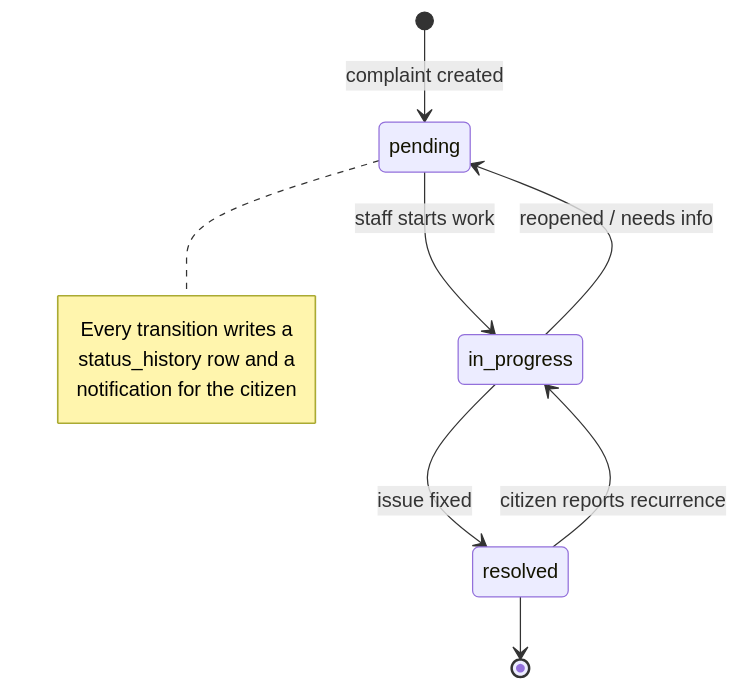
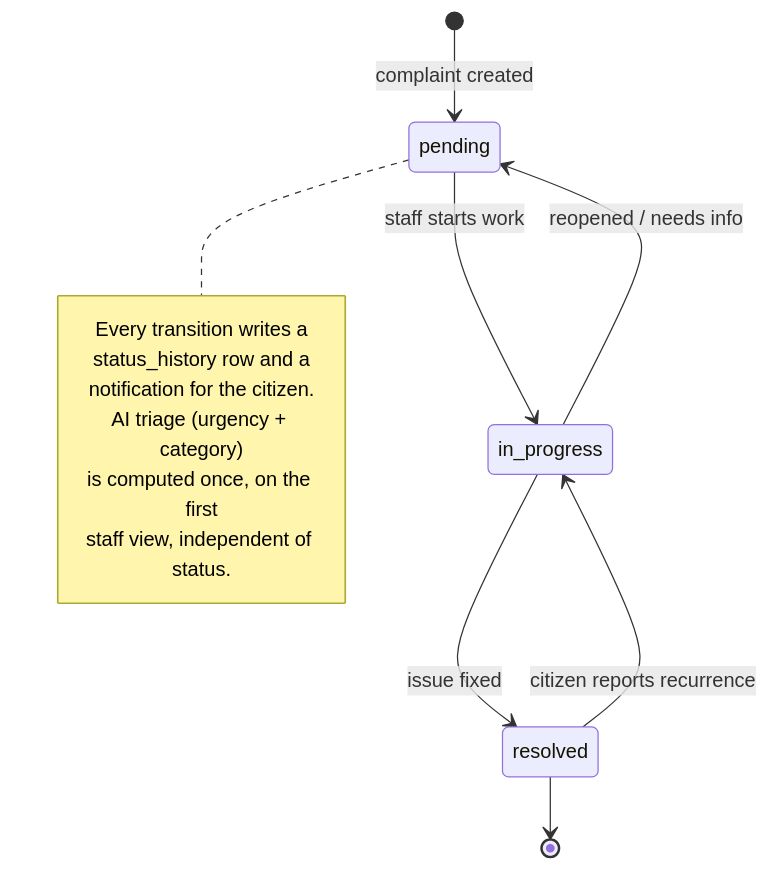
One commit to shehrilink/ShehriLink changed the tenth of 12 diagrams in docs/ShehriLink-Documentation.md. Above: the diagram before and after it, drawn with Mermaid. The commit also changed other lines of this file and 3 other files, not shown here.

````diff
--- a/docs/ShehriLink-Documentation.md
+++ b/docs/ShehriLink-Documentation.md
@@ -658,14 +722,17 @@
 ```mermaid
 stateDiagram-v2
     [*] --> pending : complaint created
     pending --> in_progress : staff starts work
     in_progress --> resolved : issue fixed
     in_progress --> pending : reopened / needs info
     resolved --> in_progress : citizen reports recurrence
     resolved --> [*]
     note right of pending
         Every transition writes a
         status_history row and a
-        notification for the citizen
+        notification for the citizen.
+        AI triage (urgency + category)
+        is computed once, on the first
+        staff view, independent of status.
     end note
 ```
````
